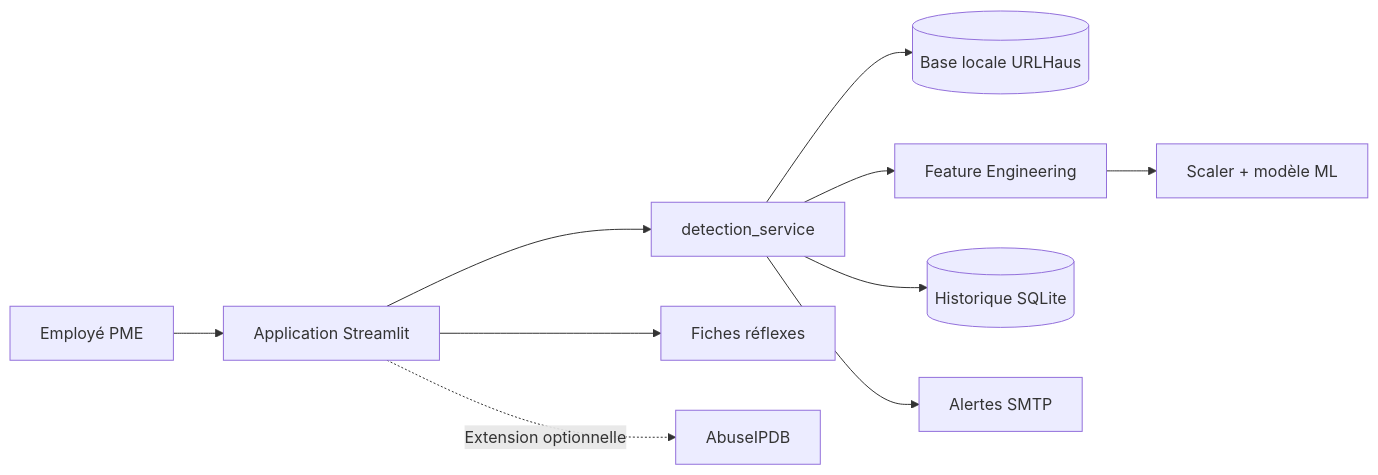
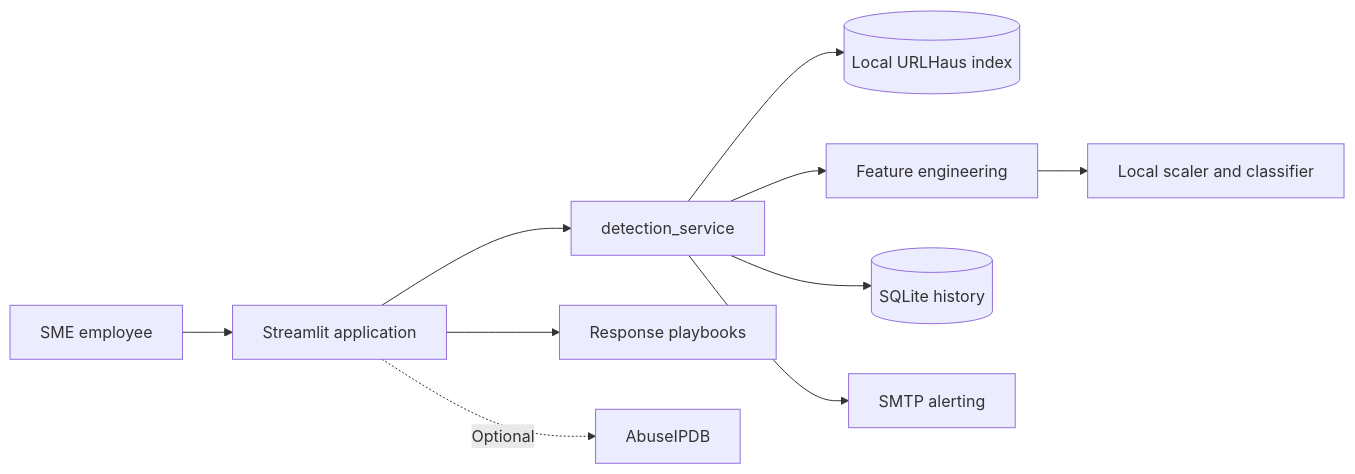
Before and after one commit to ALLAKORI/STAGE_PFA_CMRPI: the diagram in README.md, drawn with Mermaid. The commit also changed other lines of this file and 4 other files, not shown here.

````diff
--- a/README.md
+++ b/README.md
@@ -14,12 +26,12 @@
 ```mermaid
 flowchart LR
-    U[Employé PME] --> A[Application Streamlit]
+    U[SME employee] --> A[Streamlit application]
     A --> D[detection_service]
-    D --> H[(Base locale URLHaus)]
-    D --> F[Feature Engineering]
-    F --> S[Scaler + modèle ML]
-    D --> B[(Historique SQLite)]
-    D --> E[Alertes SMTP]
-    A --> R[Fiches réflexes]
-    A -. Extension optionnelle .-> I[AbuseIPDB]
+    D --> H[(Local URLHaus index)]
+    D --> F[Feature engineering]
+    F --> S[Local scaler and classifier]
+    D --> B[(SQLite history)]
+    D --> E[SMTP alerting]
+    A --> R[Response playbooks]
+    A -. Optional .-> I[AbuseIPDB]
 ```
````
